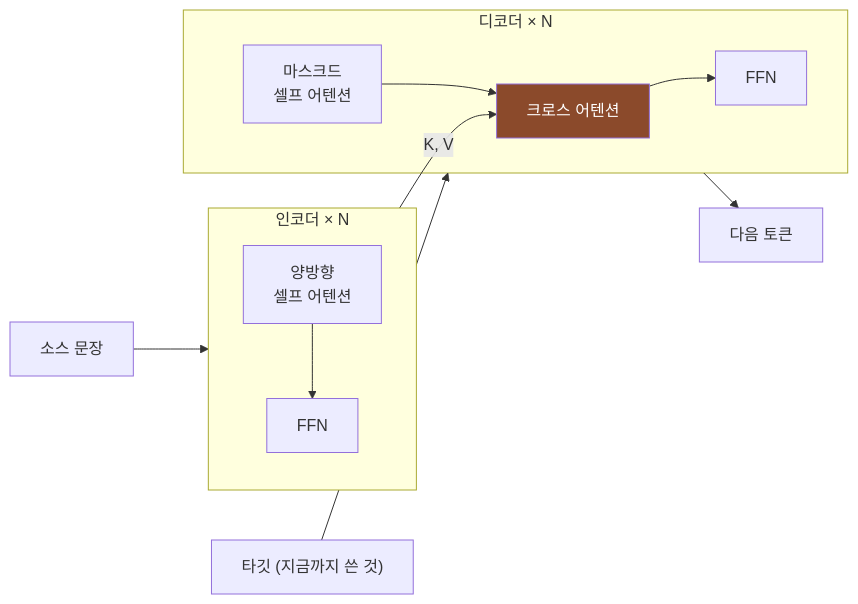
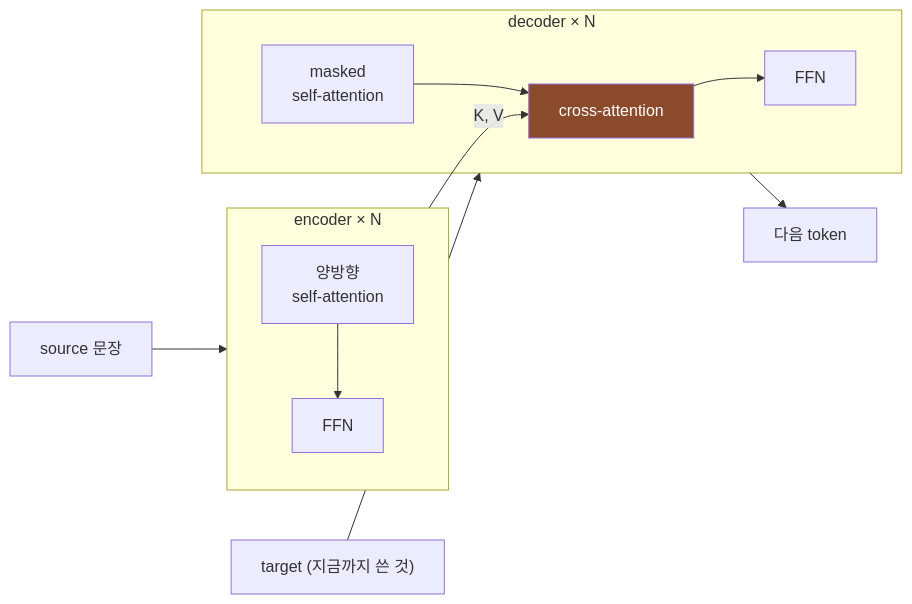
The diagram in chapters/05_transformer/05_encoder_decoder.qmd (yuvjjang/aiml_studybook), drawn with Mermaid before and after one commit. The commit also changed other lines of this file, not shown here.

Commit message:
5.5 encoder-decoder 풀어쓰기: 한자어 용어를 영문으로, 같은 레고 다른 조립·원문 곁눈질 번역가·빈칸 채우기 vs 받아쓰기·메모 이어 쓰기 비유 추가

````diff
--- a/chapters/05_transformer/05_encoder_decoder.qmd
+++ b/chapters/05_transformer/05_encoder_decoder.qmd
@@ -24,17 +25,17 @@
 ```{mermaid}
 %%| label: fig-encdec
-%%| fig-cap: "인코더-디코더 — 디코더 블록만 서브층이 셋이고, 크로스 어텐션의 K·V 는 인코더에서 온다"
+%%| fig-cap: "encoder-decoder — decoder block만 sublayer가 셋이고, cross-attention의 K·V 는 encoder에서 온다"
 flowchart LR
-  SRC["소스 문장"] --> ENC
-  subgraph ENC["인코더 × N"]
-    E1["양방향<br/>셀프 어텐션"] --> E2["FFN"]
+  SRC["source 문장"] --> ENC
+  subgraph ENC["encoder × N"]
+    E1["양방향<br/>self-attention"] --> E2["FFN"]
   end
   ENC -->|"K, V"| CA
-  TGT["타깃 (지금까지 쓴 것)"] --> DEC
-  subgraph DEC["디코더 × N"]
-    D1["마스크드<br/>셀프 어텐션"] --> CA["크로스 어텐션"]
+  TGT["target (지금까지 쓴 것)"] --> DEC
+  subgraph DEC["decoder × N"]
+    D1["masked<br/>self-attention"] --> CA["cross-attention"]
     CA --> D3["FFN"]
   end
-  DEC --> OUT["다음 토큰"]
+  DEC --> OUT["다음 token"]
   style CA fill:#8B4A2B,color:#fff
 ```
````
